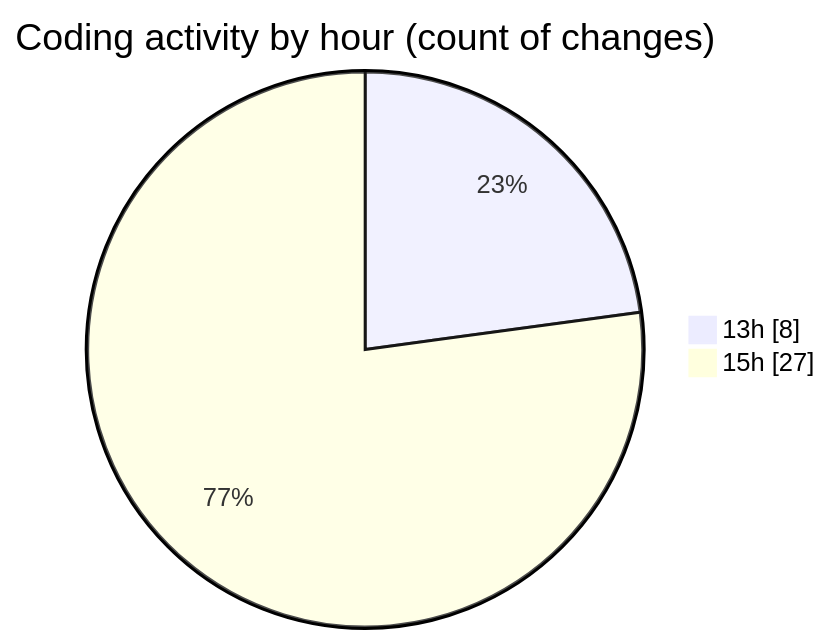
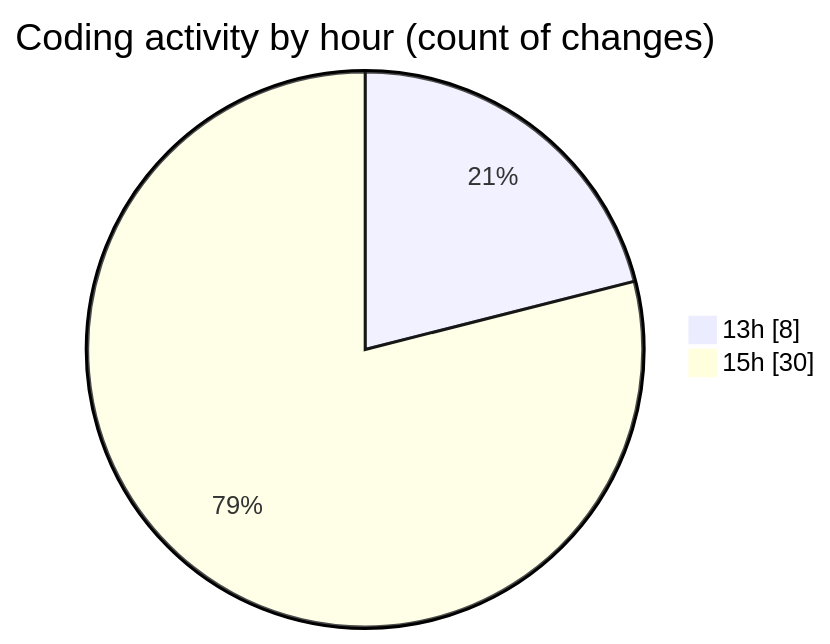
Before and after one commit to nxtqubesakshisongat/code-tracking: the second of 2 diagrams in 2025-04-08/nxtqube_webapp/README.md, drawn with Mermaid. The commit also changed other lines of this file and 1 other file, not shown here.

````diff
--- a/2025-04-08/nxtqube_webapp/README.md
+++ b/2025-04-08/nxtqube_webapp/README.md
@@ -28,6 +28,6 @@
 ```mermaid
 pie showData
 title Coding activity by hour (count of changes)
 "13h" : 8
-"15h" : 27
+"15h" : 30
 ```
````
